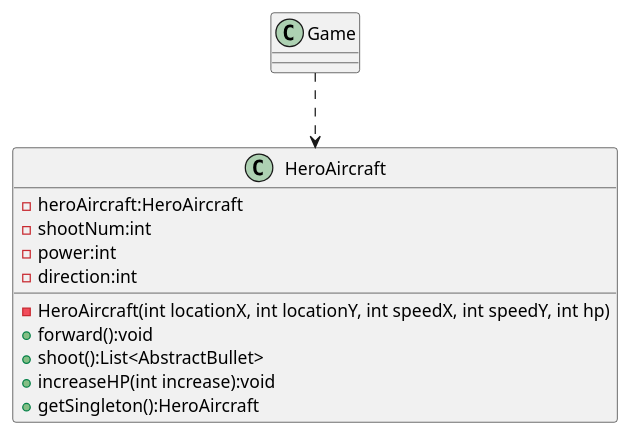
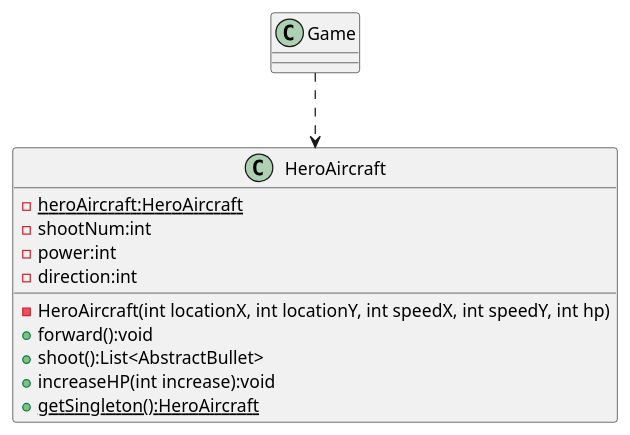
One commit to Straho-Chen/AircraftWar-base changed the diagram in uml/HeroAircraftSingleton.puml. Above: the diagram before and after it, drawn with PlantUML.

Commit message:
exp2, add {static}

```diff
--- a/uml/HeroAircraftSingleton.puml
+++ b/uml/HeroAircraftSingleton.puml
@@ -1,21 +1,21 @@
 @startuml
 'https://plantuml.com/class-diagram
 
 class HeroAircraft{
-    - heroAircraft:HeroAircraft
+    - {static} heroAircraft:HeroAircraft
     - shootNum:int
     - power:int
     - direction:int
     - HeroAircraft(int locationX, int locationY, int speedX, int speedY, int hp)
     + forward():void
     + shoot():List<AbstractBullet>
     + increaseHP(int increase):void
-    + getSingleton():HeroAircraft
+    + {static} getSingleton():HeroAircraft
 }
 
 class Game {
 }
 
 Game ..> HeroAircraft
 
 @enduml
```
